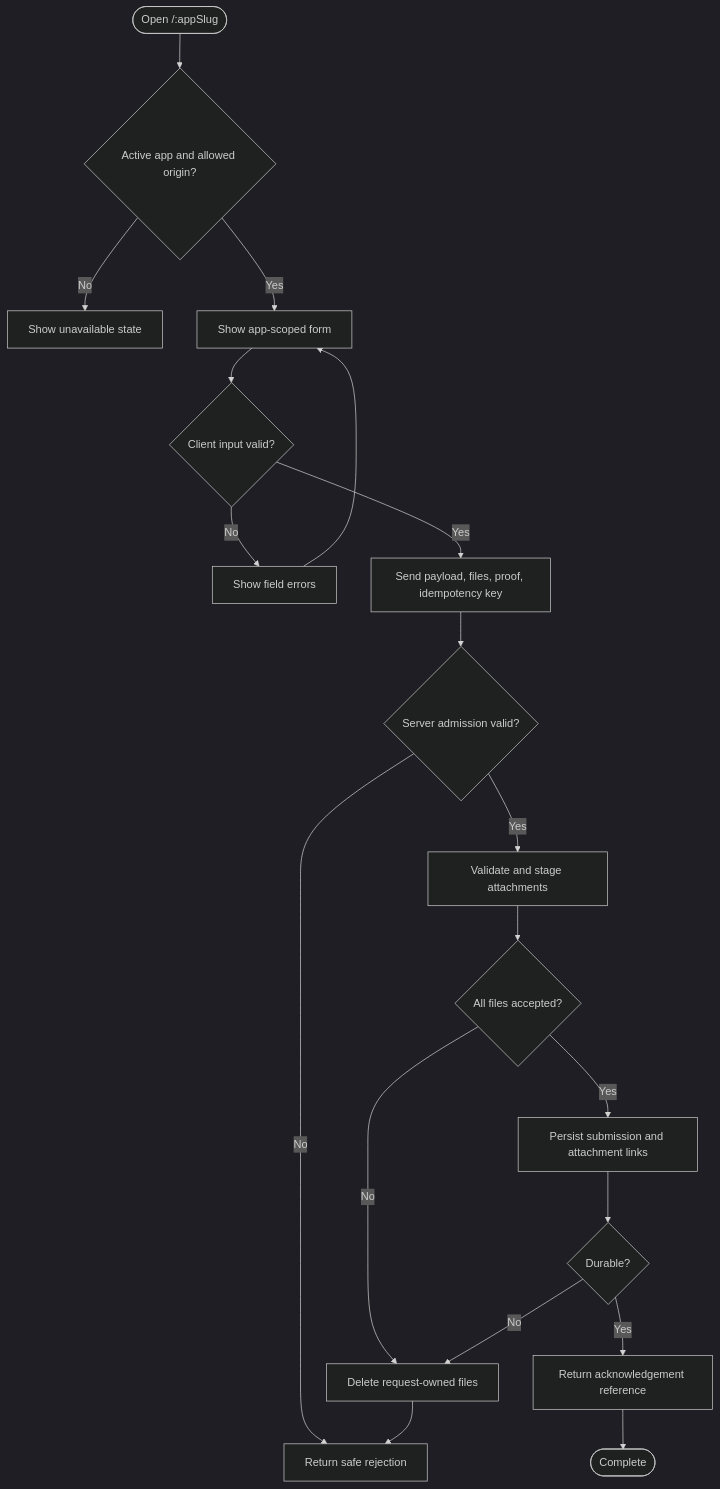
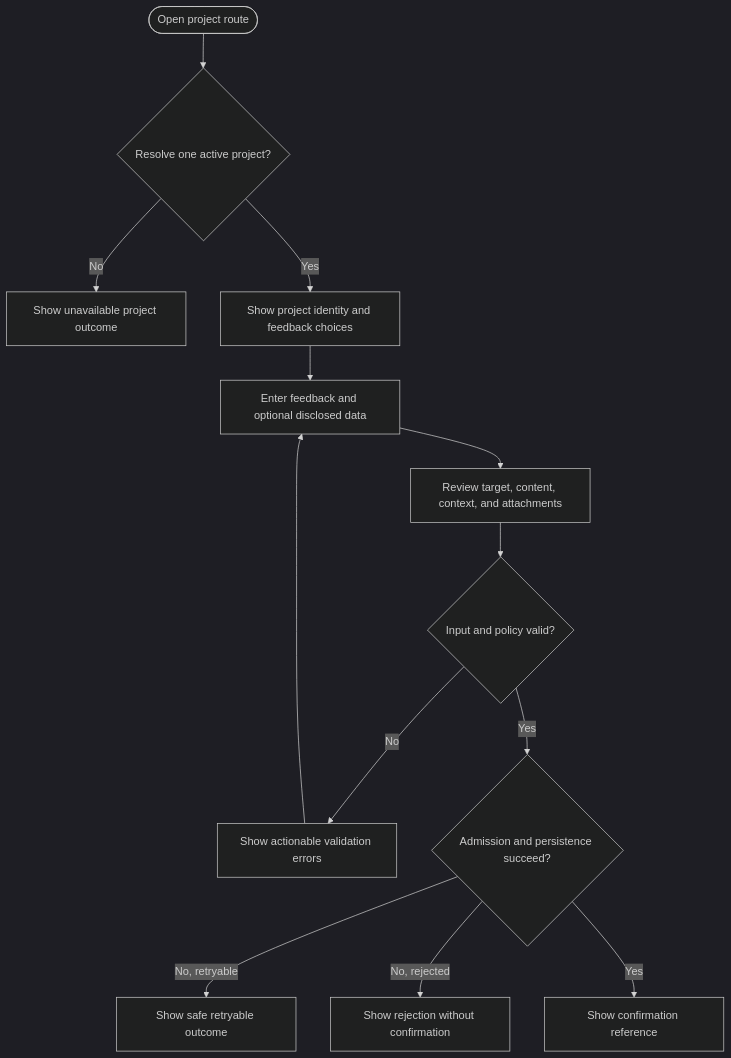
The second of 4 diagrams in docs/05_MODELING.md (Y4NN777/y7-feedback-mngt-system), drawn with Mermaid (dark theme) before and after one commit. The commit also changed other lines of this file and 5 other files, not shown here.

````diff
--- a/docs/05_MODELING.md
+++ b/docs/05_MODELING.md
@@ -57,21 +44,15 @@
 ```mermaid
 flowchart TD
-  start([Open /:appSlug]) --> resolve{Active app and allowed origin?}
-  resolve -- No --> notFound[Show unavailable state]
-  resolve -- Yes --> form[Show app-scoped form]
-  form --> validateClient{Client input valid?}
-  validateClient -- No --> fieldErrors[Show field errors]
-  fieldErrors --> form
-  validateClient -- Yes --> send[Send payload, files, proof, idempotency key]
-  send --> gate{Server admission valid?}
-  gate -- No --> reject[Return safe rejection]
-  gate -- Yes --> files[Validate and stage attachments]
-  files --> fileOk{All files accepted?}
-  fileOk -- No --> cleanup[Delete request-owned files]
-  cleanup --> reject
-  fileOk -- Yes --> persist[Persist submission and attachment links]
-  persist --> stored{Durable?}
-  stored -- No --> cleanup
-  stored -- Yes --> success[Return acknowledgement reference]
-  success --> done([Complete])
+    Start([Open project route]) --> Resolve{Resolve one active project?}
+    Resolve -- No --> RouteError[Show unavailable project outcome]
+    Resolve -- Yes --> Show[Show project identity and feedback choices]
+    Show --> Enter[Enter feedback and optional disclosed data]
+    Enter --> Review[Review target, content, context, and attachments]
+    Review --> Validate{Input and policy valid?}
+    Validate -- No --> Correct[Show actionable validation errors]
+    Correct --> Enter
+    Validate -- Yes --> Admit{Admission and persistence succeed?}
+    Admit -- No, retryable --> Retry[Show safe retryable outcome]
+    Admit -- No, rejected --> Reject[Show rejection without confirmation]
+    Admit -- Yes --> Confirm[Show confirmation reference]
 ```
````
